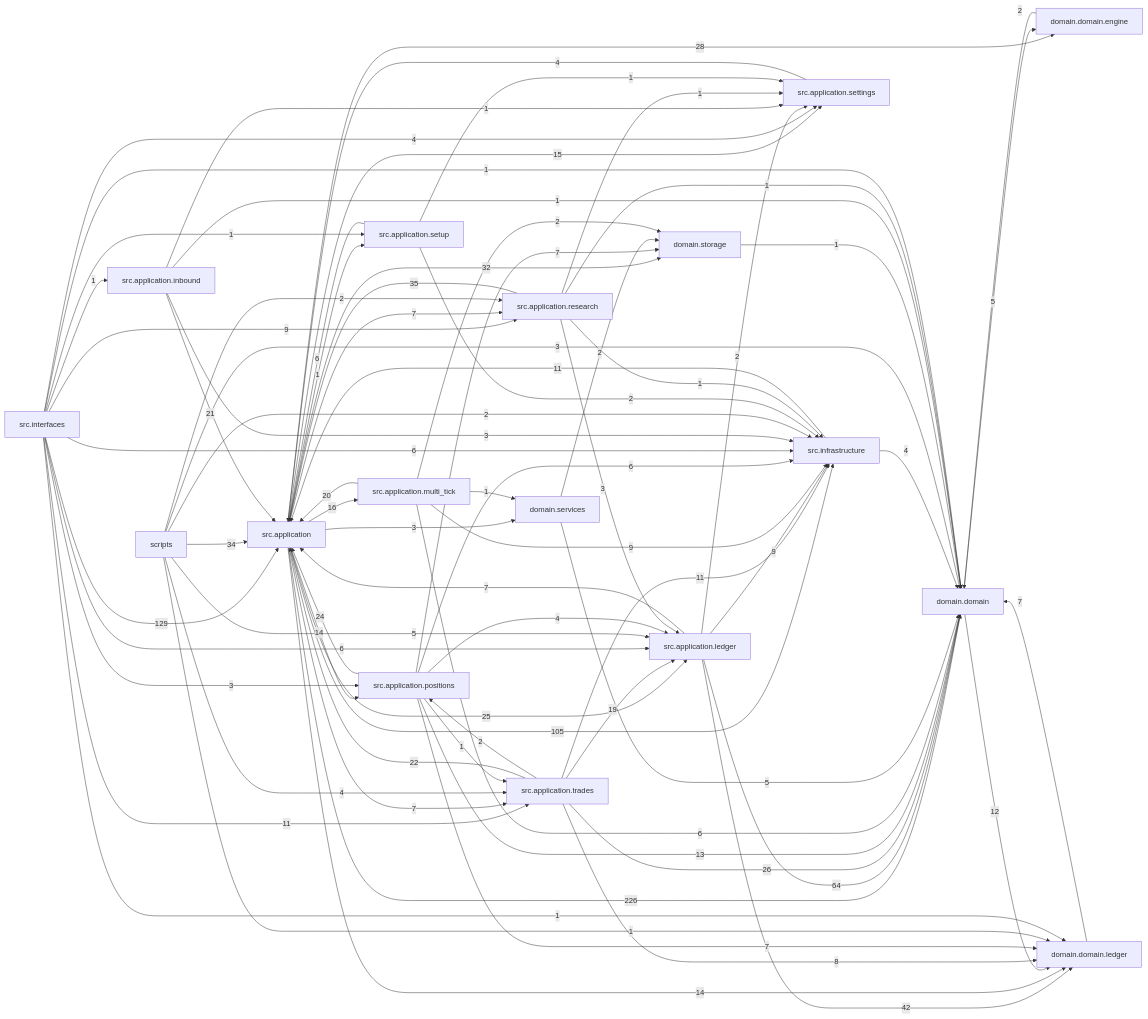
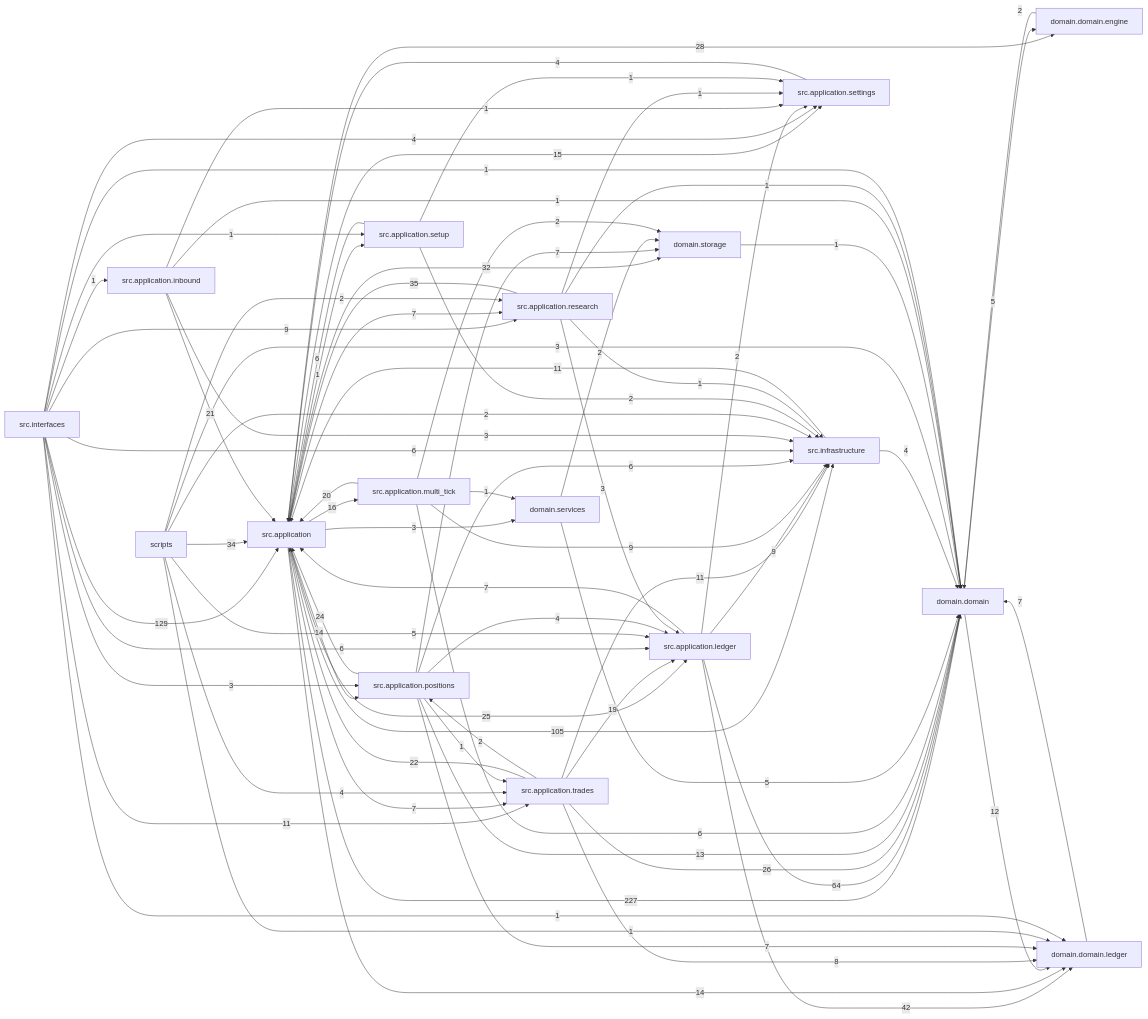
One commit to liuxie066/options-monitor changed the diagram in docs/dependency_graph.mmd. Above: the diagram before and after it, drawn with Mermaid. The commit also changed 27 other files, not shown here.

```diff
--- a/docs/dependency_graph.mmd
+++ b/docs/dependency_graph.mmd
@@ -1,77 +1,77 @@
 flowchart LR
-  src_application["src.application"] -->|226| domain_domain["domain.domain"]
+  src_application["src.application"] -->|227| domain_domain["domain.domain"]
   src_interfaces["src.interfaces"] -->|129| src_application["src.application"]
   src_application["src.application"] -->|105| src_infrastructure["src.infrastructure"]
   src_application_ledger["src.application.ledger"] -->|64| domain_domain["domain.domain"]
   src_application_ledger["src.application.ledger"] -->|42| domain_domain_ledger["domain.domain.ledger"]
   src_application_research["src.application.research"] -->|35| src_application["src.application"]
   scripts["scripts"] -->|34| src_application["src.application"]
   src_application["src.application"] -->|32| domain_storage["domain.storage"]
   src_application["src.application"] -->|28| domain_domain_engine["domain.domain.engine"]
   src_application_trades["src.application.trades"] -->|26| domain_domain["domain.domain"]
   src_application["src.application"] -->|25| src_application_ledger["src.application.ledger"]
   src_application_positions["src.application.positions"] -->|24| src_application["src.application"]
   src_application_trades["src.application.trades"] -->|22| src_application["src.application"]
   src_application_inbound["src.application.inbound"] -->|21| src_application["src.application"]
   src_application_multi_tick["src.application.multi_tick"] -->|20| src_application["src.application"]
   src_application_trades["src.application.trades"] -->|19| src_application_ledger["src.application.ledger"]
   src_application["src.application"] -->|16| src_application_multi_tick["src.application.multi_tick"]
   src_application["src.application"] -->|15| src_application_settings["src.application.settings"]
   src_application["src.application"] -->|14| domain_domain_ledger["domain.domain.ledger"]
   src_application["src.application"] -->|14| src_application_positions["src.application.positions"]
   src_application_positions["src.application.positions"] -->|13| domain_domain["domain.domain"]
   domain_domain["domain.domain"] -->|12| domain_domain_ledger["domain.domain.ledger"]
   src_application_trades["src.application.trades"] -->|11| src_infrastructure["src.infrastructure"]
   src_infrastructure["src.infrastructure"] -->|11| src_application["src.application"]
   src_interfaces["src.interfaces"] -->|11| src_application_trades["src.application.trades"]
   src_application_ledger["src.application.ledger"] -->|9| src_infrastructure["src.infrastructure"]
   src_application_multi_tick["src.application.multi_tick"] -->|9| src_infrastructure["src.infrastructure"]
   src_interfaces["src.interfaces"] -->|9| src_application_research["src.application.research"]
   src_application_trades["src.application.trades"] -->|8| domain_domain_ledger["domain.domain.ledger"]
   domain_domain_ledger["domain.domain.ledger"] -->|7| domain_domain["domain.domain"]
   src_application["src.application"] -->|7| src_application_research["src.application.research"]
   src_application["src.application"] -->|7| src_application_trades["src.application.trades"]
   src_application_ledger["src.application.ledger"] -->|7| src_application["src.application"]
   src_application_positions["src.application.positions"] -->|7| domain_domain_ledger["domain.domain.ledger"]
   src_application_positions["src.application.positions"] -->|7| domain_storage["domain.storage"]
   src_application_multi_tick["src.application.multi_tick"] -->|6| domain_domain["domain.domain"]
   src_application_positions["src.application.positions"] -->|6| src_infrastructure["src.infrastructure"]
   src_application_setup["src.application.setup"] -->|6| src_application["src.application"]
   src_interfaces["src.interfaces"] -->|6| src_application_ledger["src.application.ledger"]
   src_interfaces["src.interfaces"] -->|6| src_infrastructure["src.infrastructure"]
   domain_domain["domain.domain"] -->|5| domain_domain_engine["domain.domain.engine"]
   domain_services["domain.services"] -->|5| domain_domain["domain.domain"]
   scripts["scripts"] -->|5| src_application_ledger["src.application.ledger"]
   scripts["scripts"] -->|4| src_application_trades["src.application.trades"]
   src_application_positions["src.application.positions"] -->|4| src_application_ledger["src.application.ledger"]
   src_application_settings["src.application.settings"] -->|4| src_application["src.application"]
   src_infrastructure["src.infrastructure"] -->|4| domain_domain["domain.domain"]
   src_interfaces["src.interfaces"] -->|4| src_application_settings["src.application.settings"]
   scripts["scripts"] -->|3| domain_domain["domain.domain"]
   src_application["src.application"] -->|3| domain_services["domain.services"]
   src_application_inbound["src.application.inbound"] -->|3| src_infrastructure["src.infrastructure"]
   src_application_research["src.application.research"] -->|3| src_application_ledger["src.application.ledger"]
   src_interfaces["src.interfaces"] -->|3| src_application_positions["src.application.positions"]
   domain_domain_engine["domain.domain.engine"] -->|2| domain_domain["domain.domain"]
   domain_services["domain.services"] -->|2| domain_storage["domain.storage"]
   scripts["scripts"] -->|2| src_application_research["src.application.research"]
   scripts["scripts"] -->|2| src_infrastructure["src.infrastructure"]
   src_application_ledger["src.application.ledger"] -->|2| src_application_settings["src.application.settings"]
   src_application_multi_tick["src.application.multi_tick"] -->|2| domain_storage["domain.storage"]
   src_application_setup["src.application.setup"] -->|2| src_infrastructure["src.infrastructure"]
   src_application_trades["src.application.trades"] -->|2| src_application_positions["src.application.positions"]
   domain_storage["domain.storage"] -->|1| domain_domain["domain.domain"]
   scripts["scripts"] -->|1| domain_domain_ledger["domain.domain.ledger"]
   src_application["src.application"] -->|1| src_application_setup["src.application.setup"]
   src_application_inbound["src.application.inbound"] -->|1| domain_domain["domain.domain"]
   src_application_inbound["src.application.inbound"] -->|1| src_application_settings["src.application.settings"]
   src_application_multi_tick["src.application.multi_tick"] -->|1| domain_services["domain.services"]
   src_application_positions["src.application.positions"] -->|1| src_application_trades["src.application.trades"]
   src_application_research["src.application.research"] -->|1| domain_domain["domain.domain"]
   src_application_research["src.application.research"] -->|1| src_application_settings["src.application.settings"]
   src_application_research["src.application.research"] -->|1| src_infrastructure["src.infrastructure"]
   src_application_setup["src.application.setup"] -->|1| src_application_settings["src.application.settings"]
   src_interfaces["src.interfaces"] -->|1| domain_domain["domain.domain"]
   src_interfaces["src.interfaces"] -->|1| domain_domain_ledger["domain.domain.ledger"]
   src_interfaces["src.interfaces"] -->|1| src_application_inbound["src.application.inbound"]
   src_interfaces["src.interfaces"] -->|1| src_application_setup["src.application.setup"]
```
